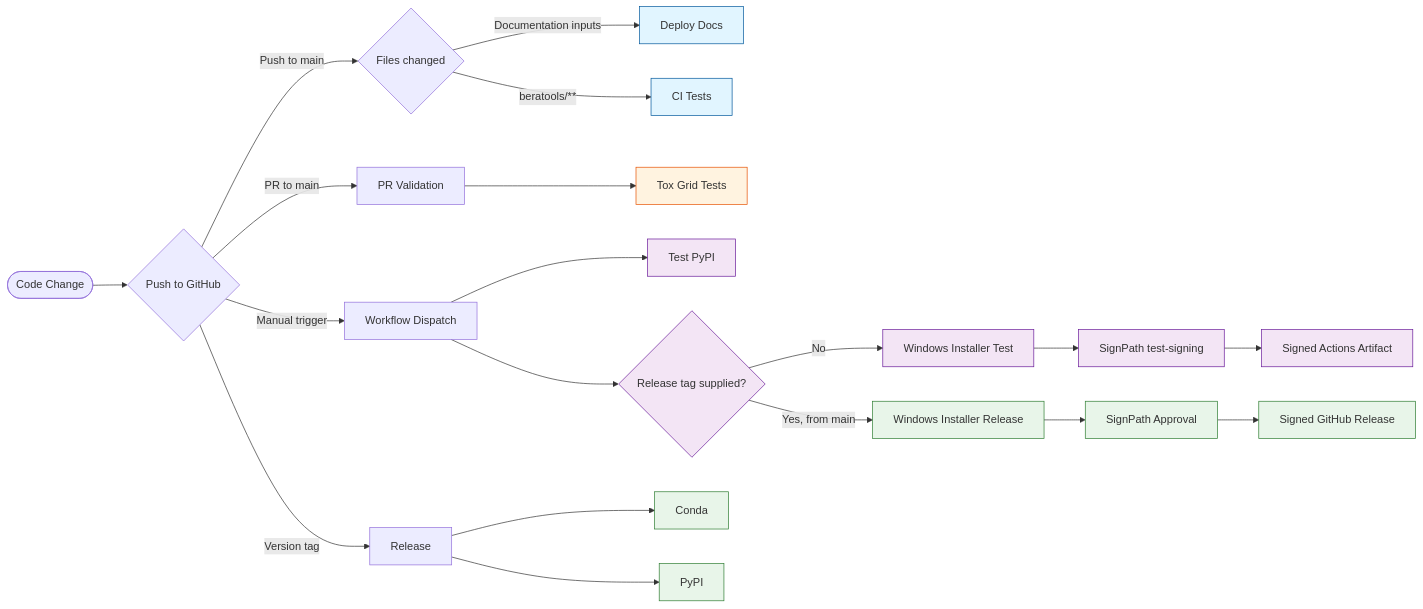
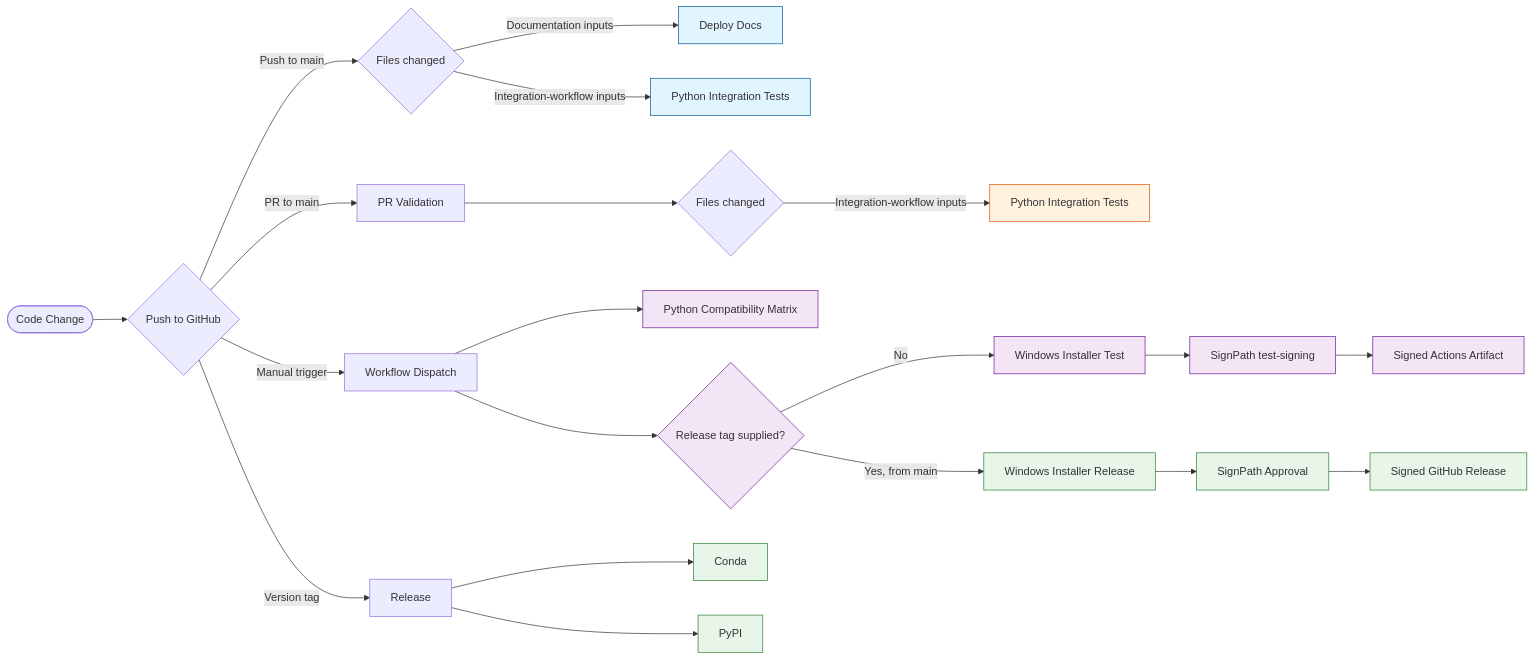
The diagram in docs/files/developer/maintainer.md (appliedgrg/beratools), drawn with Mermaid before and after one commit. The commit also changed other lines of this file and 52 other files, not shown here.

````diff
--- a/docs/files/developer/maintainer.md
+++ b/docs/files/developer/maintainer.md
@@ -92,35 +87,36 @@
 ```mermaid
 flowchart LR
     Start([Code Change]) --> CheckType{Push to GitHub}
     
     CheckType -->|Push to main| Files{Files changed}
     Files -->|Documentation inputs| Zensical[Deploy Docs]
-    Files -->|beratools/**| Pytest[CI Tests]
+    Files -->|Integration-workflow inputs| IntegrationPush[Python Integration Tests]
     
     CheckType -->|PR to main| PR[PR Validation]
-    PR --> Tox[Tox Grid Tests]
+    PR --> PRFiles{Files changed}
+    PRFiles -->|Integration-workflow inputs| IntegrationPR[Python Integration Tests]
 
     CheckType -->|Manual trigger| Manual[Workflow Dispatch]
-    Manual --> PyPITest[Test PyPI]
+    Manual --> Compatibility[Python Compatibility Matrix]
     Manual --> InstallerMode{Release tag supplied?}
     InstallerMode -->|No| InstallerTest[Windows Installer Test]
     InstallerTest --> TestSign[SignPath test-signing]
     TestSign --> SignedTest[Signed Actions Artifact]
     InstallerMode -->|Yes, from main| WindowsInstaller[Windows Installer Release]
     WindowsInstaller --> SignPathApproval[SignPath Approval]
     SignPathApproval --> SignedRelease[Signed GitHub Release]
     
     CheckType -->|Version tag| Release[Release]
     Release --> Anaconda[Conda]
     Release --> PyPI[PyPI]
     
     classDef push fill:#e1f5ff,stroke:#01579b
     classDef pr fill:#fff3e0,stroke:#e65100
     classDef manual fill:#f3e5f5,stroke:#6a1b9a
     classDef rel fill:#e8f5e9,stroke:#2e7d32
     
-    class Zensical,Pytest push
-    class PyPITest,InstallerMode,InstallerTest,TestSign,SignedTest manual
-    class Tox pr
+    class Zensical,IntegrationPush push
+    class Compatibility,InstallerMode,InstallerTest,TestSign,SignedTest manual
+    class IntegrationPR pr
     class Anaconda,PyPI,WindowsInstaller,SignPathApproval,SignedRelease rel
 ```
````
